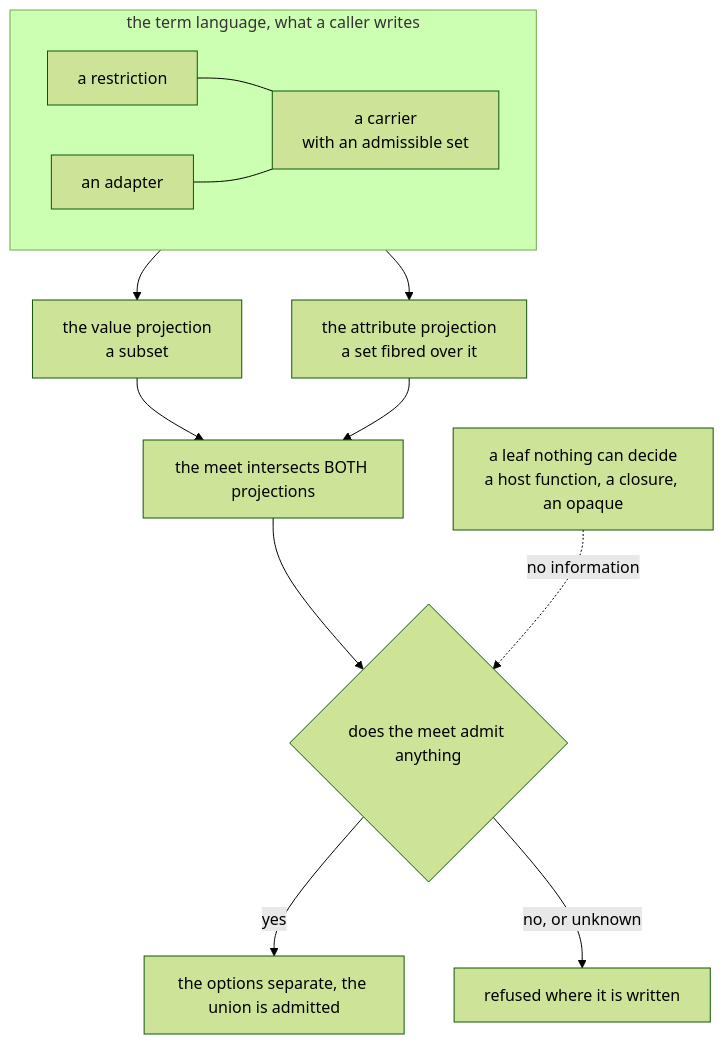
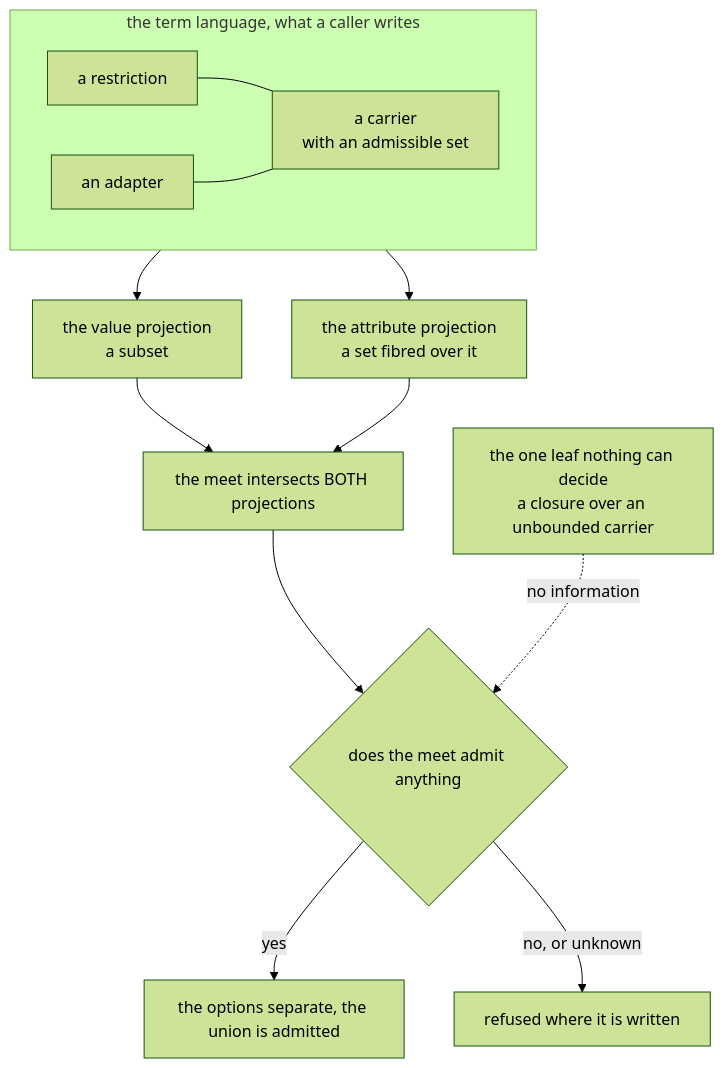
Before and after one commit to josher8a/rotorise: the second of 6 diagrams in docs/architecture-v2.md, drawn with Mermaid (forest theme). The commit also changed other lines of this file, not shown here.

First line of the commit message:
docs(v2): two named leaves decide, and testing for the bottom is not a shadow

````diff
--- a/docs/architecture-v2.md
+++ b/docs/architecture-v2.md
@@ -54,19 +54,19 @@
 ```mermaid
 flowchart TB
   subgraph LANG["the term language, what a caller writes"]
     direction LR
     CAR["a carrier<br/>with an admissible set"]
     RES["a restriction"]
     ADA["an adapter"]
     RES --- CAR
     ADA --- CAR
   end
   LANG --> P1["the value projection<br/>a subset"]
   LANG --> P2["the attribute projection<br/>a set fibred over it"]
   P1 --> MEET["the meet intersects BOTH projections"]
   P2 --> MEET
   MEET --> Q{"does the meet admit anything"}
-  LEAF["a leaf nothing can decide<br/>a host function, a closure, an opaque"] -. "no information" .-> Q
+  LEAF["the one leaf nothing can decide<br/>a closure over an unbounded carrier"] -. "no information" .-> Q
   Q -- "yes" --> YES["the options separate, the union is admitted"]
   Q -- "no, or unknown" --> NO["refused where it is written"]
 ```
````
